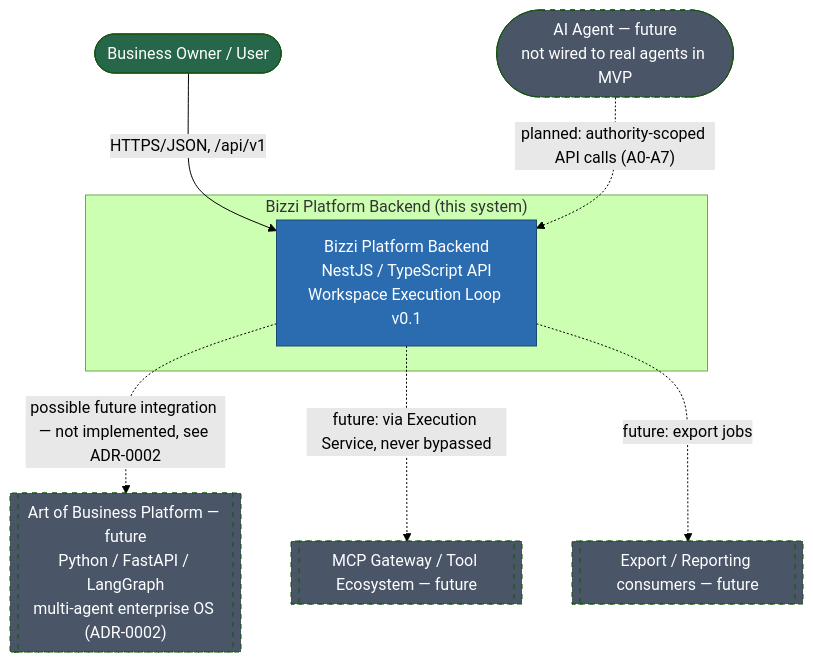
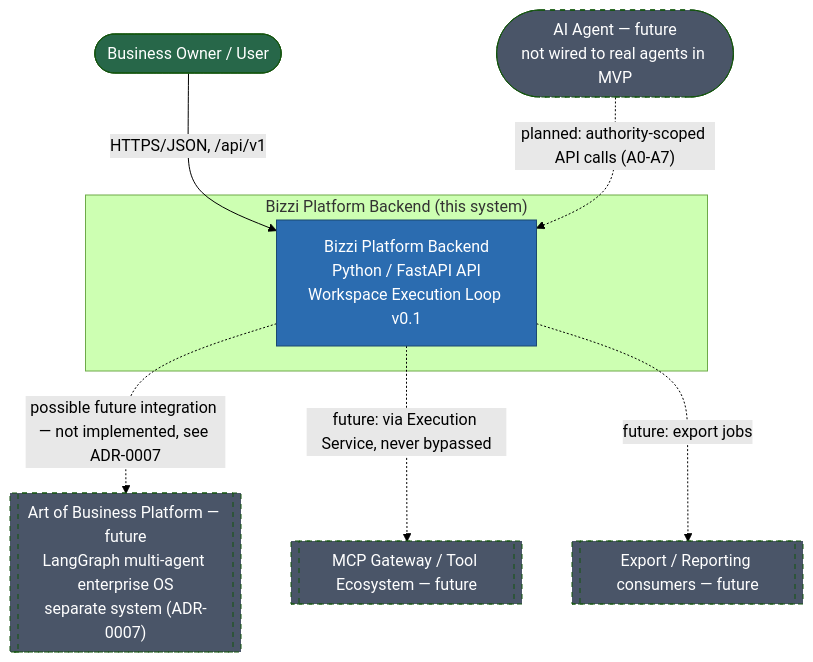
The diagram in docs/c4/C1_CONTEXT.md (ArtheosClub/Bizzi_Project), drawn with Mermaid (forest theme) before and after one commit. The commit also changed other lines of this file and 2 other files, not shown here.

````diff
--- a/docs/c4/C1_CONTEXT.md
+++ b/docs/c4/C1_CONTEXT.md
@@ -7,26 +11,26 @@
 ```mermaid
 flowchart TB
     owner(["Business Owner / User"])
     agent(["AI Agent — future<br/>not wired to real agents in MVP"])
 
     subgraph SYS["Bizzi Platform Backend (this system)"]
-        bizzi["Bizzi Platform Backend<br/>NestJS / TypeScript API<br/>Workspace Execution Loop v0.1"]
+        bizzi["Bizzi Platform Backend<br/>Python / FastAPI API<br/>Workspace Execution Loop v0.1"]
     end
 
-    aob[["Art of Business Platform — future<br/>Python / FastAPI / LangGraph<br/>multi-agent enterprise OS (ADR-0002)"]]
+    aob[["Art of Business Platform — future<br/>LangGraph multi-agent enterprise OS<br/>separate system (ADR-0007)"]]
     mcp[["MCP Gateway / Tool Ecosystem — future"]]
     exportc[["Export / Reporting consumers — future"]]
 
     owner -->|"HTTPS/JSON, /api/v1"| bizzi
     agent -.->|"planned: authority-scoped API calls (A0-A7)"| bizzi
-    bizzi -.->|"possible future integration — not implemented, see ADR-0002"| aob
+    bizzi -.->|"possible future integration — not implemented, see ADR-0007"| aob
     bizzi -.->|"future: via Execution Service, never bypassed"| mcp
     bizzi -.->|"future: export jobs"| exportc
 
     style bizzi fill:#2b6cb0,color:#fff,stroke:#1a4971
     style owner fill:#276749,color:#fff
     style agent fill:#4a5568,color:#fff,stroke-dasharray: 5 5
     style aob fill:#4a5568,color:#fff,stroke-dasharray: 5 5
     style mcp fill:#4a5568,color:#fff,stroke-dasharray: 5 5
     style exportc fill:#4a5568,color:#fff,stroke-dasharray: 5 5
 ```
````
